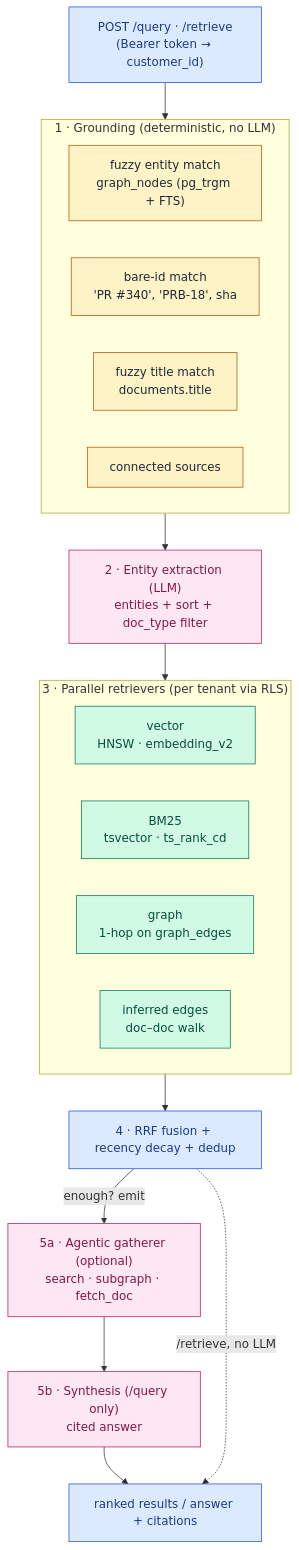
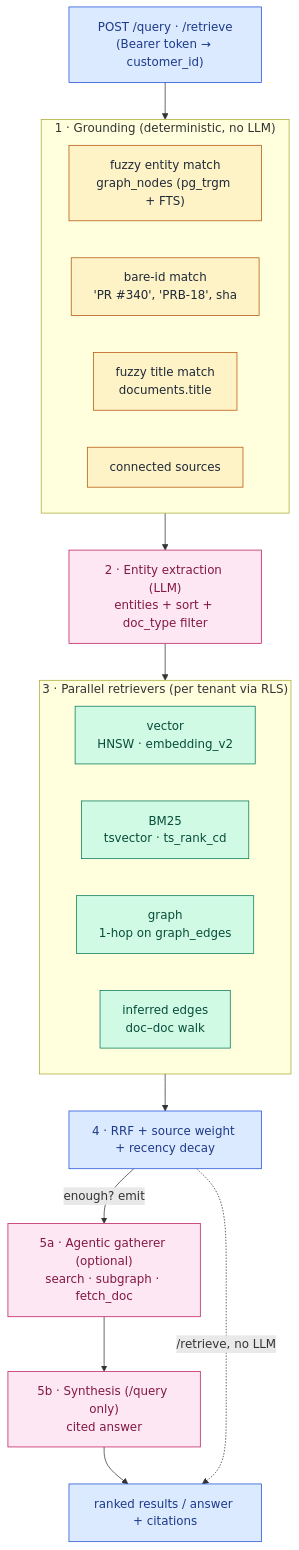
The diagram in docs/retrieval-architecture.md (prbe-ai/prbe-knowledge), drawn with Mermaid before and after one commit. The commit also changed other lines of this file, not shown here.

First line of the commit message:
docs(retrieval): correct Stage 4 after fusion.py removal

````diff
--- a/docs/retrieval-architecture.md
+++ b/docs/retrieval-architecture.md
@@ -24,37 +24,37 @@
 ```mermaid
 flowchart TB
     classDef svc   fill:#dbeafe,stroke:#1d4ed8,color:#1e3a8a;
     classDef det   fill:#fef3c7,stroke:#b45309,color:#1f2937;
     classDef ret   fill:#d1fae5,stroke:#047857,color:#064e3b;
     classDef llm   fill:#fce7f3,stroke:#be185d,color:#831843;
 
     Q["POST /query · /retrieve<br/>(Bearer token → customer_id)"]:::svc
 
     subgraph G["1 · Grounding (deterministic, no LLM)"]
         direction LR
         FE["fuzzy entity match<br/>graph_nodes (pg_trgm + FTS)"]:::det
         BID["bare-id match<br/>'PR #340', 'PRB-18', sha"]:::det
         DT["fuzzy title match<br/>documents.title"]:::det
         CS["connected sources"]:::det
     end
 
     EX["2 · Entity extraction (LLM)<br/>entities + sort + doc_type filter"]:::llm
 
     subgraph R["3 · Parallel retrievers (per tenant via RLS)"]
         direction LR
         V["vector<br/>HNSW · embedding_v2"]:::ret
         B["BM25<br/>tsvector · ts_rank_cd"]:::ret
         GR["graph<br/>1-hop on graph_edges"]:::ret
         IE["inferred edges<br/>doc–doc walk"]:::ret
     end
 
-    F["4 · RRF fusion + recency decay + dedup"]:::svc
+    F["4 · RRF + source weight + recency decay"]:::svc
     AG["5a · Agentic gatherer (optional)<br/>search · subgraph · fetch_doc"]:::llm
     SY["5b · Synthesis (/query only)<br/>cited answer"]:::llm
     OUT["ranked results / answer + citations"]:::svc
 
     Q --> G --> EX --> R --> F
     F -->|"enough? emit"| AG
     AG --> SY --> OUT
     F -.->|"/retrieve, no LLM"| OUT
 ```
````
